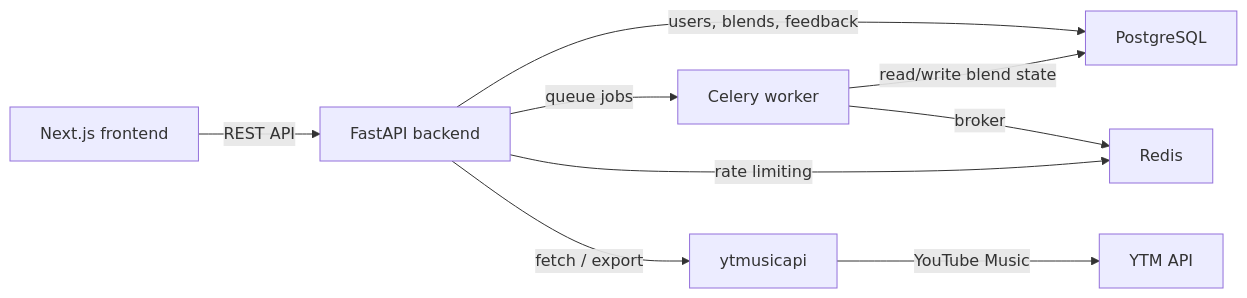
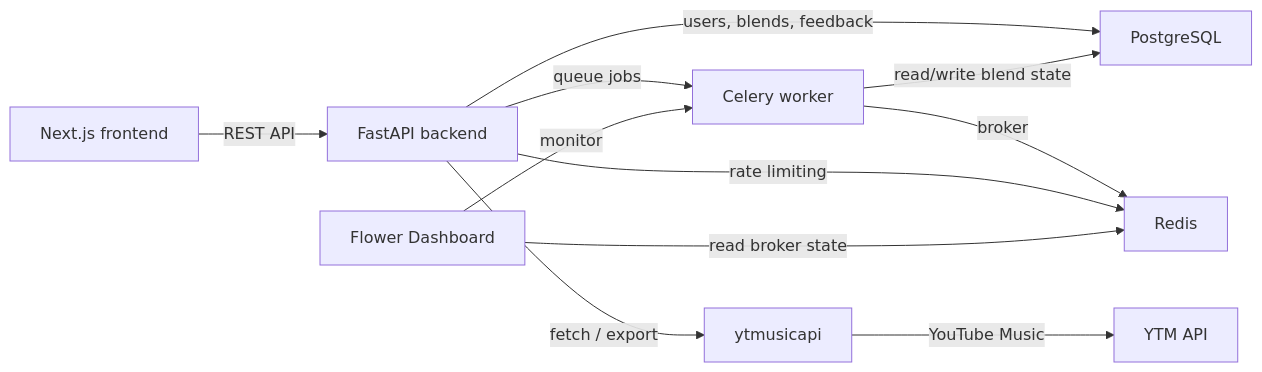
The diagram in README.md (Erebuzzz/merge-ytm), drawn with Mermaid before and after one commit. The commit also changed other lines of this file and 15 other files, not shown here.

````diff
--- a/README.md
+++ b/README.md
@@ -46,11 +47,13 @@
 ```mermaid
 flowchart LR
     A["Next.js frontend"] -->|"REST API"| B["FastAPI backend"]
     B -->|"users, blends, feedback"| C["PostgreSQL"]
     B -->|"queue jobs"| D["Celery worker"]
     D -->|"broker"| E["Redis"]
     D -->|"read/write blend state"| C
     B -->|"rate limiting"| E
     B -->|"fetch / export"| F["ytmusicapi"]
     F -->|"YouTube Music"| G["YTM API"]
+    H["Flower Dashboard"] -->|"monitor"| D
+    H -->|"read broker state"| E
 ```
````
